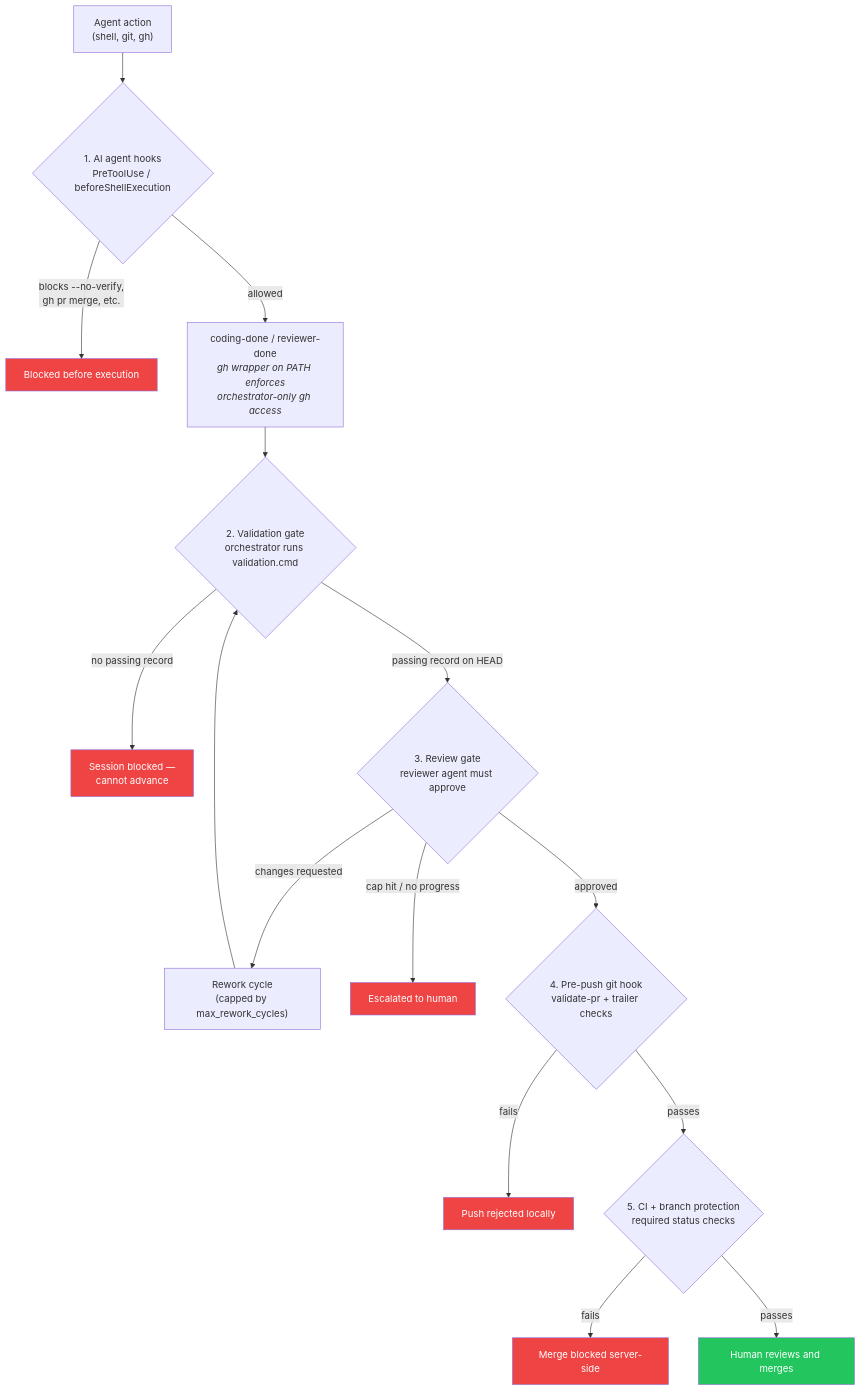
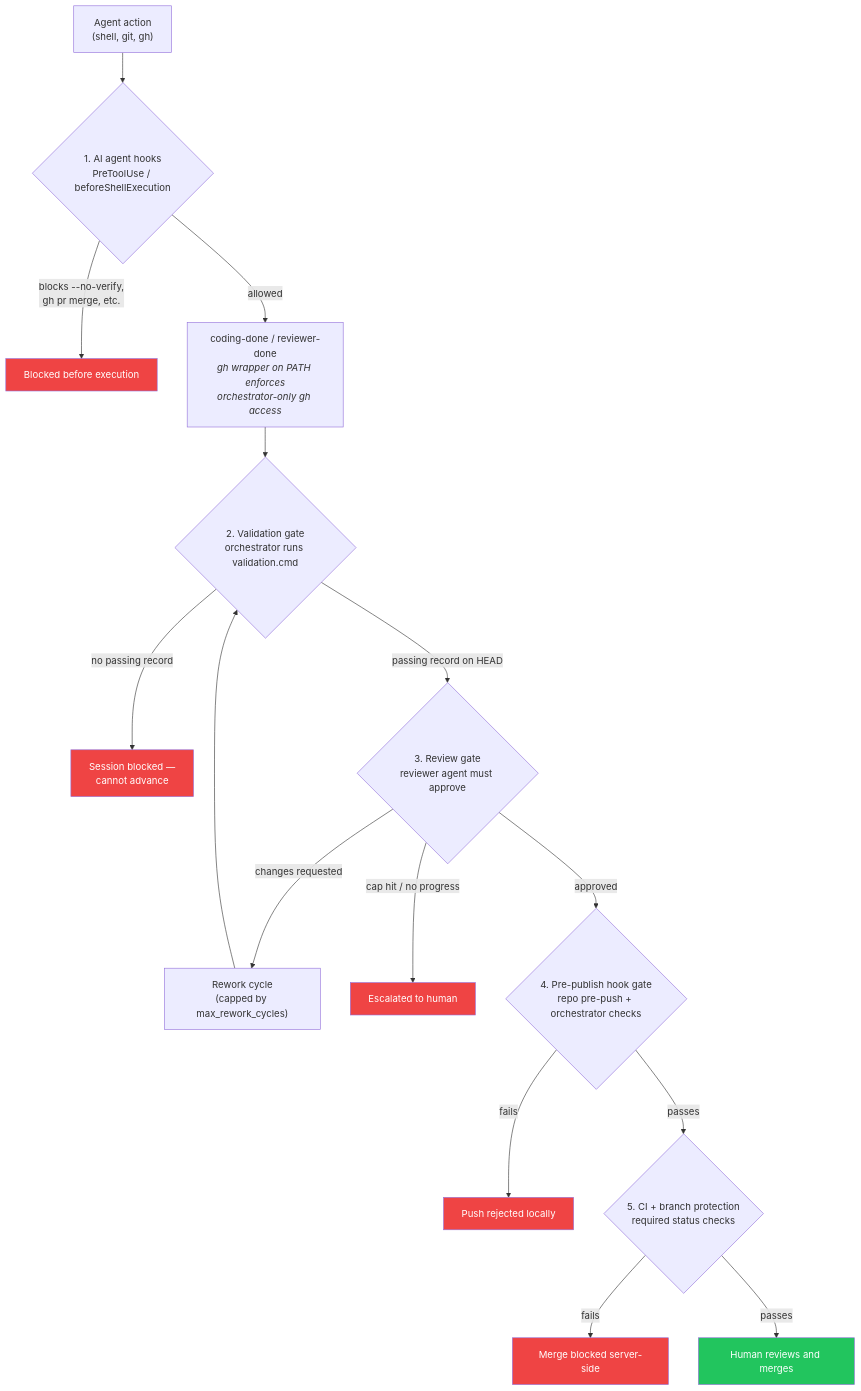
Before and after one commit to issue-orchestrator/issue-orchestrator: the diagram in docs/design/guardrails.md, drawn with Mermaid. The commit also changed other lines of this file and 13 other files, not shown here.

Commit message:
Run worktree pre-push hooks before publish

````diff
--- a/docs/design/guardrails.md
+++ b/docs/design/guardrails.md
@@ -18,26 +18,26 @@
 ```mermaid
 flowchart TB
   A["Agent action<br/>(shell, git, gh)"] --> H1{"1. AI agent hooks<br/>PreToolUse / beforeShellExecution"}
   H1 -->|blocks --no-verify,<br/>gh pr merge, etc.| X1["Blocked before execution"]
   H1 -->|allowed| D["coding-done / reviewer-done<br/><i>gh wrapper on PATH enforces<br/>orchestrator-only gh access</i>"]
 
   D --> V{"2. Validation gate<br/>orchestrator runs validation.cmd"}
   V -->|no passing record| X2["Session blocked —<br/>cannot advance"]
   V -->|passing record on HEAD| R{"3. Review gate<br/>reviewer agent must approve"}
 
   R -->|changes requested| RW["Rework cycle<br/>(capped by max_rework_cycles)"]
   RW --> V
   R -->|cap hit / no progress| ESC["Escalated to human"]
-  R -->|approved| P{"4. Pre-push git hook<br/>validate-pr + trailer checks"}
+  R -->|approved| P{"4. Pre-publish hook gate<br/>repo pre-push + orchestrator checks"}
 
   P -->|fails| X3["Push rejected locally"]
   P -->|passes| C{"5. CI + branch protection<br/>required status checks"}
 
   C -->|fails| X4["Merge blocked server-side"]
   C -->|passes| M["Human reviews and merges"]
 
   classDef block fill:#ef4444,color:#fff
   classDef pass fill:#22c55e,color:#fff
   class X1,X2,X3,X4,ESC block
   class M pass
 ```
````
